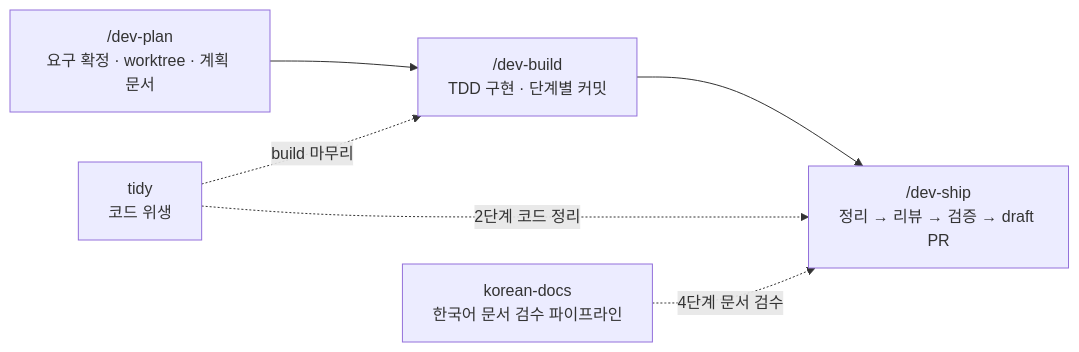
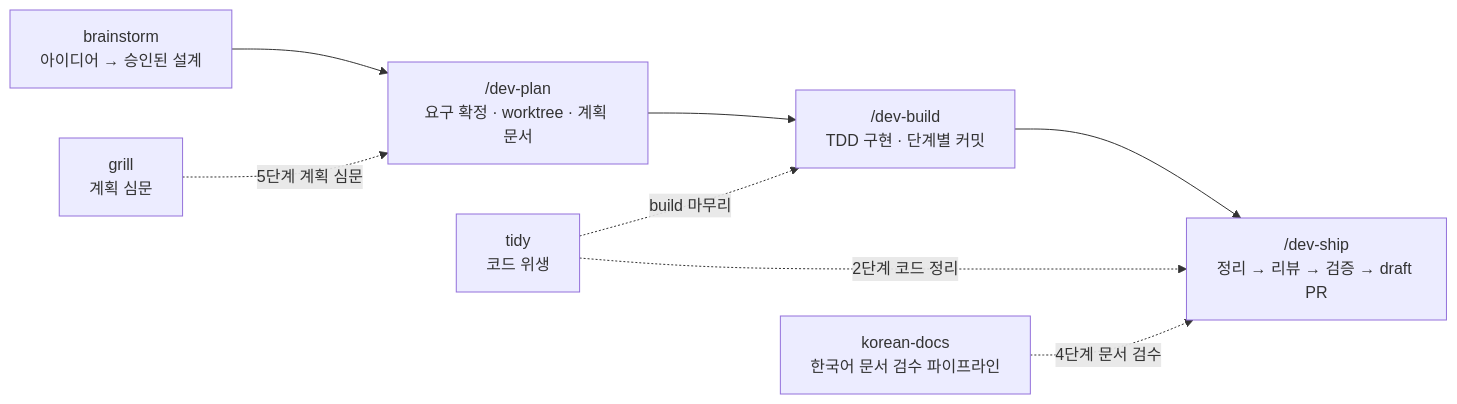
One commit to ruccess/skills changed the diagram in README.md. Above: the diagram before and after it, drawn with Mermaid. The commit also changed other lines of this file and 5 other files, not shown here.

Commit message:
feat: brainstorm·grill 스킬 추가 — superpowers brainstorming·grill-with-docs 증류판 (v0.4.0)

````diff
--- a/README.md
+++ b/README.md
@@ -10,12 +10,16 @@
 ```mermaid
 flowchart LR
     P["/dev-plan<br/>요구 확정 · worktree · 계획 문서"]
     B["/dev-build<br/>TDD 구현 · 단계별 커밋"]
     S["/dev-ship<br/>정리 → 리뷰 → 검증 → draft PR"]
     K["korean-docs<br/>한국어 문서 검수 파이프라인"]
     T["tidy<br/>코드 위생"]
+    BR["brainstorm<br/>아이디어 → 승인된 설계"]
+    G["grill<br/>계획 심문"]
+    BR --> P
+    G -.->|5단계 계획 심문| P
     P --> B --> S
     T -.->|build 마무리| B
     T -.->|2단계 코드 정리| S
     K -.->|4단계 문서 검수| S
 ```
````
